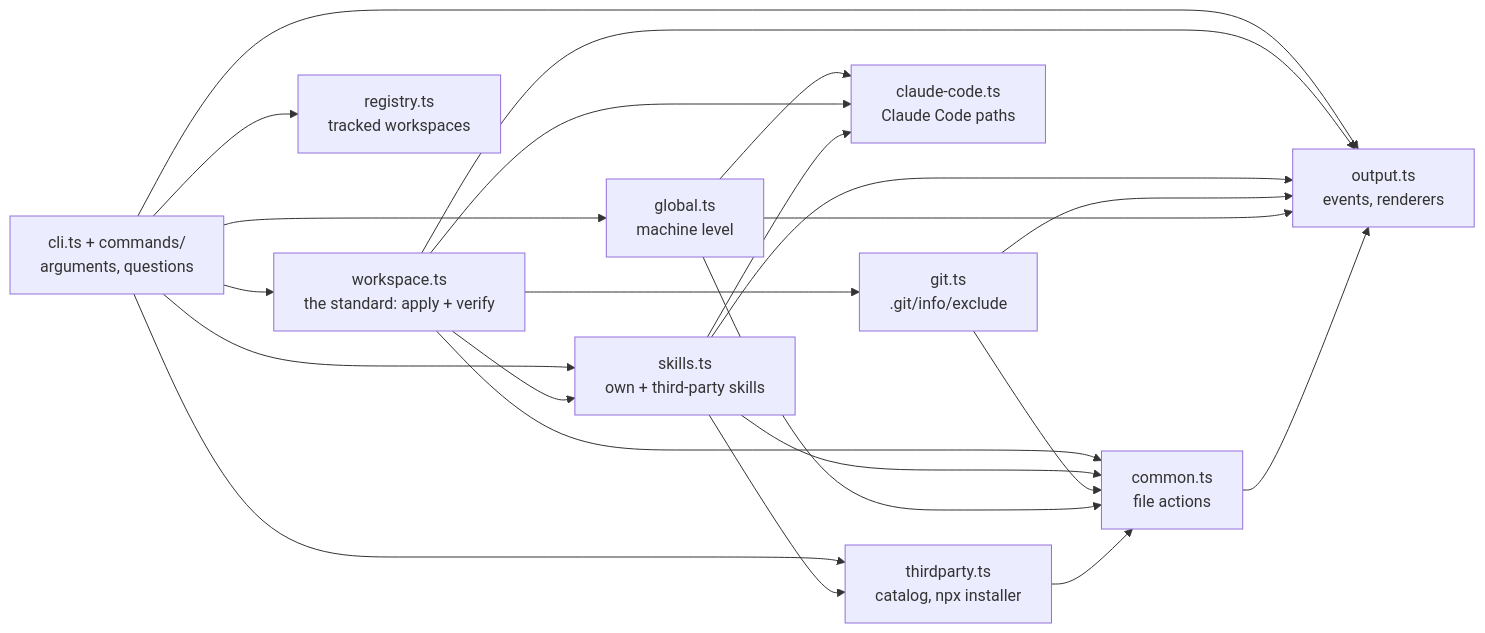
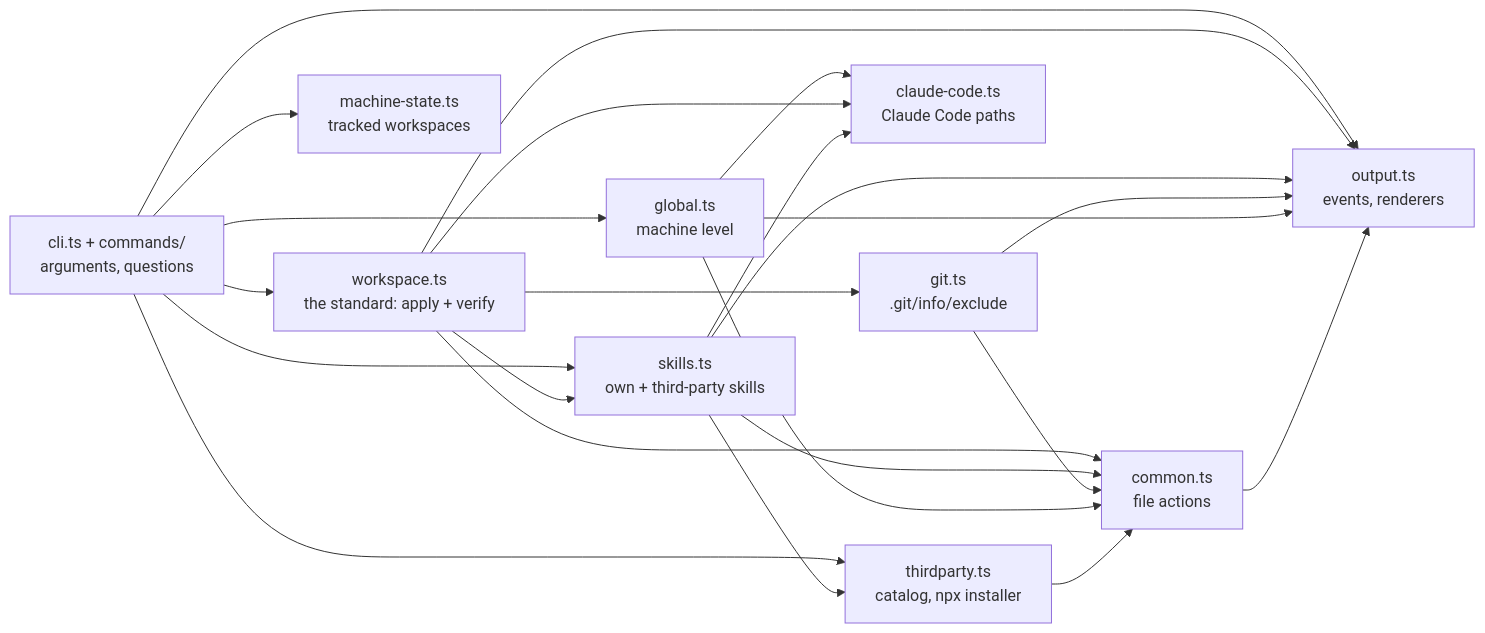
Before and after one commit to dotagents-org/dotagents-core: the diagram in docs/architecture.md, drawn with Mermaid. The commit also changed other lines of this file and 8 other files, not shown here.

Commit message:
♻️ refactor(state): replace the registry with a versioned, validated machine state

````diff
--- a/docs/architecture.md
+++ b/docs/architecture.md
@@ -30,20 +30,20 @@
 ```mermaid
 flowchart LR
     cli["cli.ts + commands/<br/>arguments, questions"]
     ws["workspace.ts<br/>the standard: apply + verify"]
     sk["skills.ts<br/>own + third-party skills"]
     tp["thirdparty.ts<br/>catalog, npx installer"]
     git["git.ts<br/>.git/info/exclude"]
     gl["global.ts<br/>machine level"]
     cc["claude-code.ts<br/>Claude Code paths"]
-    reg["registry.ts<br/>tracked workspaces"]
+    reg["machine-state.ts<br/>tracked workspaces"]
     common["common.ts<br/>file actions"]
     out["output.ts<br/>events, renderers"]
 
     cli --> ws & sk & gl & reg & tp
     ws --> sk & git
     sk --> tp
     gl & ws & sk --> cc
     ws & sk & git & gl & tp --> common
     cli & ws & sk & git & gl & common --> out
 ```
````
